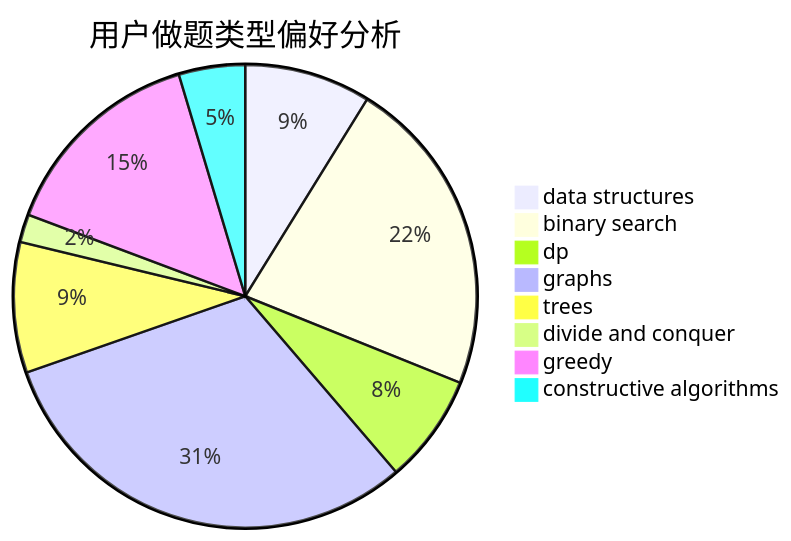
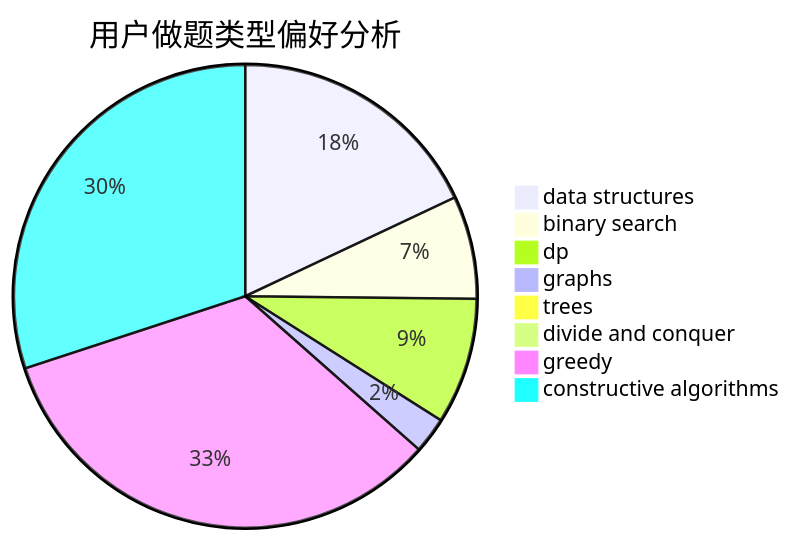
The second of 3 diagrams in docs/user/u1587.md (sherpahu/cfrs.github.io), drawn with Mermaid before and after one commit. The commit also changed other lines of this file and 2770 other files, not shown here.

````diff
--- a/docs/user/u1587.md
+++ b/docs/user/u1587.md
@@ -23,11 +23,11 @@
 ```mermaid
 pie title 用户做题类型偏好分析
-    "data structures" :  59
-    "binary search" :  149
-    "dp" :  51
-    "graphs" :  207
-    "trees" :  61
-    "divide and conquer" :  13
-    "greedy" :  98
-    "constructive algorithms" :  31
+    "data structures" :  100
+    "binary search" :  40
+    "dp" :  49
+    "graphs" :  14
+    "trees" :  4
+    "divide and conquer" :  5
+    "greedy" :  186
+    "constructive algorithms" :  167
 ```
````
